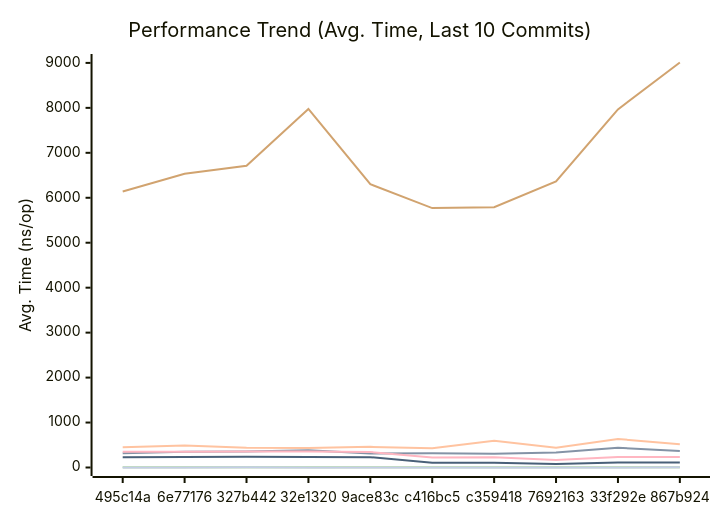
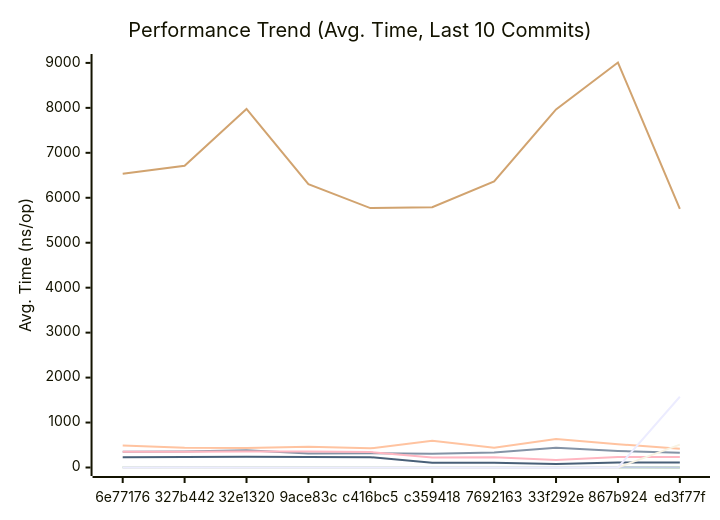
One commit to alsotoes/momo changed the first of 3 diagrams in docs/PERFORMANCE.md. Above: the diagram before and after it, drawn with Mermaid. The commit also changed other lines of this file and 3 other files, not shown here.

Commit message:
fix: optimize SanitizeLog with single-pass strings.Builder and fast-path (#718)

````diff
--- a/docs/PERFORMANCE.md
+++ b/docs/PERFORMANCE.md
@@ -120,16 +128,18 @@
 ```mermaid
 xychart-beta
     title "Performance Trend (Avg. Time, Last 10 Commits)"
     x-axis "Commit"
     y-axis "Avg. Time (ns/op)"
-    x-axis [495c14a,6e77176,327b442,32e1320,9ace83c,c416bc5,c359418,7692163,33f292e,867b924]
-    line "CheckMetricsAndSwap" [8,10,9,8,9,8,8,9,13,13]
-    line "CrushOptimized" [319,351,357,386,313,315,308,332,438,367]
-    line "CrushOriginal" [453,491,441,433,459,426,593,442,635,518]
-    line "IndexDirectTracking" [0,0,0,0,0,0,0,0,0,1]
-    line "IndexSearch" [3,3,3,3,3,3,3,3,3,4]
-    line "LoadGlobalConfig" [6141,6534,6713,7976,6301,5771,5790,6366,7966,9009]
-    line "PadString" [2,2,3,2,2,2,2,2,2,3]
+    x-axis [6e77176,327b442,32e1320,9ace83c,c416bc5,c359418,7692163,33f292e,867b924,ed3f77f]
+    line "CheckMetricsAndSwap" [10,9,8,9,8,8,9,13,13,8]
+    line "CrushOptimized" [351,357,386,313,315,308,332,438,367,326]
+    line "CrushOriginal" [491,441,433,459,426,593,442,635,518,416]
+    line "IndexDirectTracking" [0,0,0,0,0,0,0,0,1,0]
+    line "IndexSearch" [3,3,3,3,3,3,3,3,4,2]
+    line "LoadGlobalConfig" [6534,6713,7976,6301,5771,5790,6366,7966,9009,5754]
+    line "PadString" [2,3,2,2,2,2,2,2,3,2]
     line "ParseReplicationOrder_NoPrealloc" [350,349,357,354,345,225,229,165,232,234]
     line "ParseReplicationOrder_Prealloc" [229,231,237,234,229,108,107,80,110,109]
+    line "SanitizeLog/Safe" [0,0,0,0,0,0,0,0,0,510]
+    line "SanitizeLog/Unsafe" [0,0,0,0,0,0,0,0,0,1574]
 ```
````
